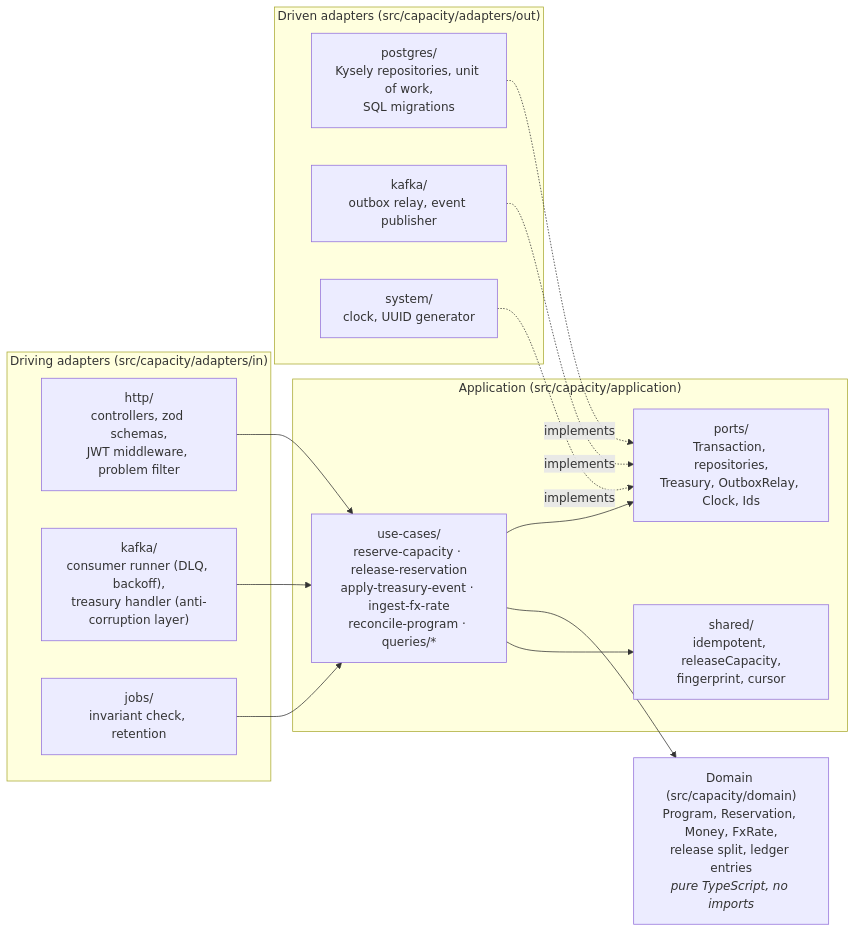
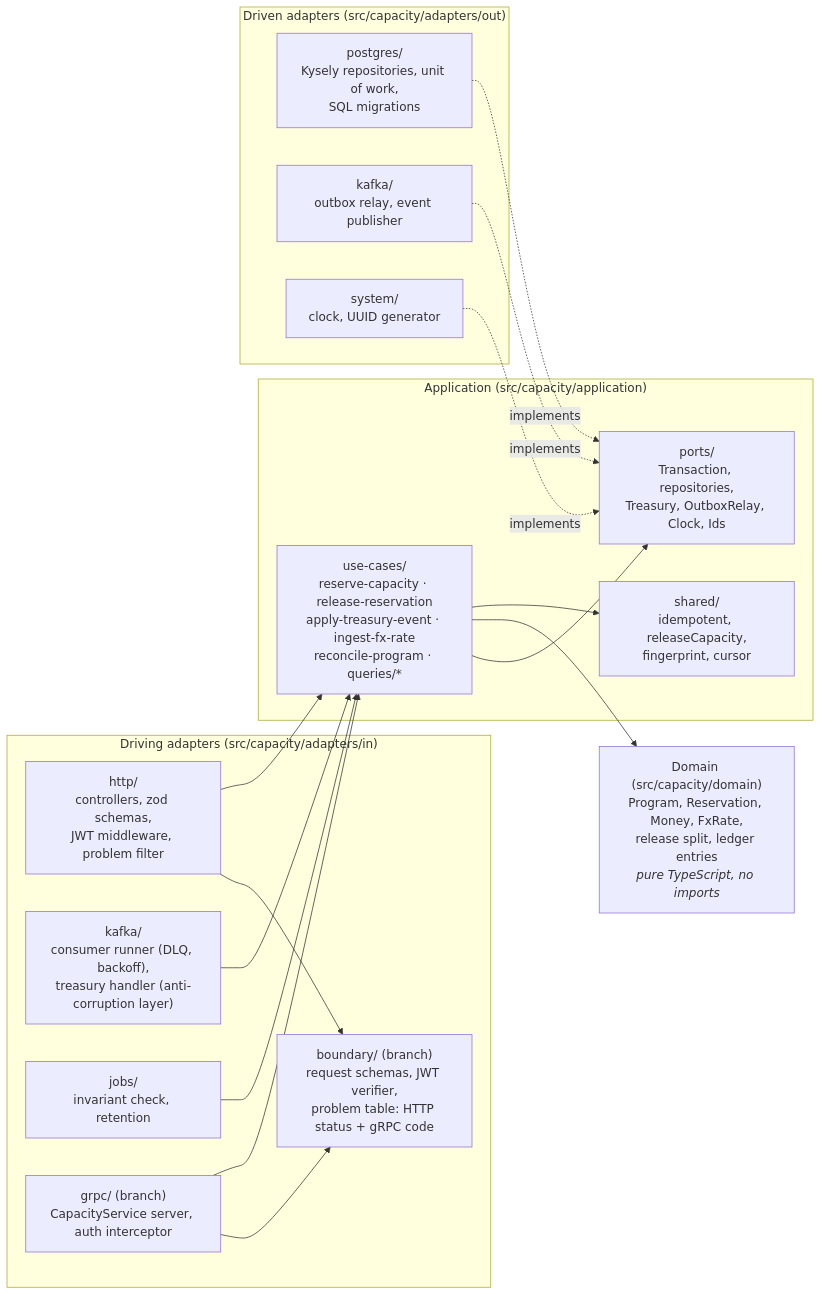
One commit to atamaniuc/program-capacity-service changed the third of 11 diagrams in docs/architecture.md. Above: the diagram before and after it, drawn with Mermaid. The commit also changed other lines of this file and 7 other files, not shown here.

````diff
--- a/docs/architecture.md
+++ b/docs/architecture.md
@@ -98,32 +104,37 @@
 ```mermaid
 flowchart LR
   subgraph in["Driving adapters (src/capacity/adapters/in)"]
     http["http/<br/>controllers, zod schemas,<br/>JWT middleware, problem filter"]
     kin["kafka/<br/>consumer runner (DLQ, backoff),<br/>treasury handler (anti-corruption layer)"]
     jobs["jobs/<br/>invariant check, retention"]
+    grpc["grpc/ (branch)<br/>CapacityService server, auth interceptor"]
+    boundary["boundary/ (branch)<br/>request schemas, JWT verifier,<br/>problem table: HTTP status + gRPC code"]
   end
 
   subgraph app["Application (src/capacity/application)"]
     uc["use-cases/<br/>reserve-capacity · release-reservation<br/>apply-treasury-event · ingest-fx-rate<br/>reconcile-program · queries/*"]
     shared["shared/<br/>idempotent, releaseCapacity,<br/>fingerprint, cursor"]
     ports["ports/<br/>Transaction, repositories,<br/>Treasury, OutboxRelay, Clock, Ids"]
   end
 
   domain["Domain (src/capacity/domain)<br/>Program, Reservation, Money, FxRate,<br/>release split, ledger entries<br/><i>pure TypeScript, no imports</i>"]
 
   subgraph out["Driven adapters (src/capacity/adapters/out)"]
     pg["postgres/<br/>Kysely repositories, unit of work,<br/>SQL migrations"]
     kout["kafka/<br/>outbox relay, event publisher"]
     sys["system/<br/>clock, UUID generator"]
   end
 
   http --> uc
   kin --> uc
   jobs --> uc
+  grpc --> uc
+  http --> boundary
+  grpc --> boundary
   uc --> shared
   uc --> domain
   uc --> ports
   pg -. implements .-> ports
   kout -. implements .-> ports
   sys -. implements .-> ports
 ```
````
